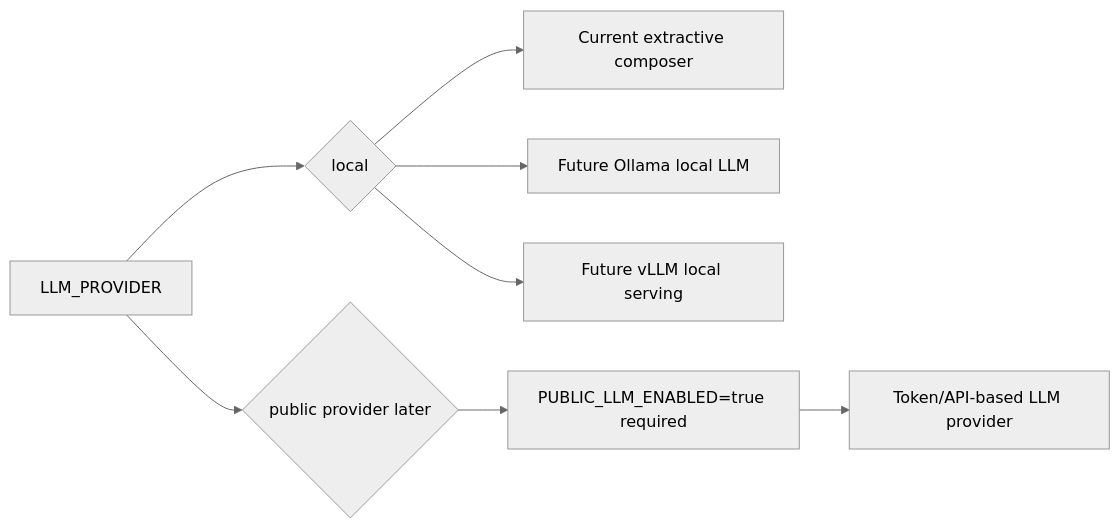
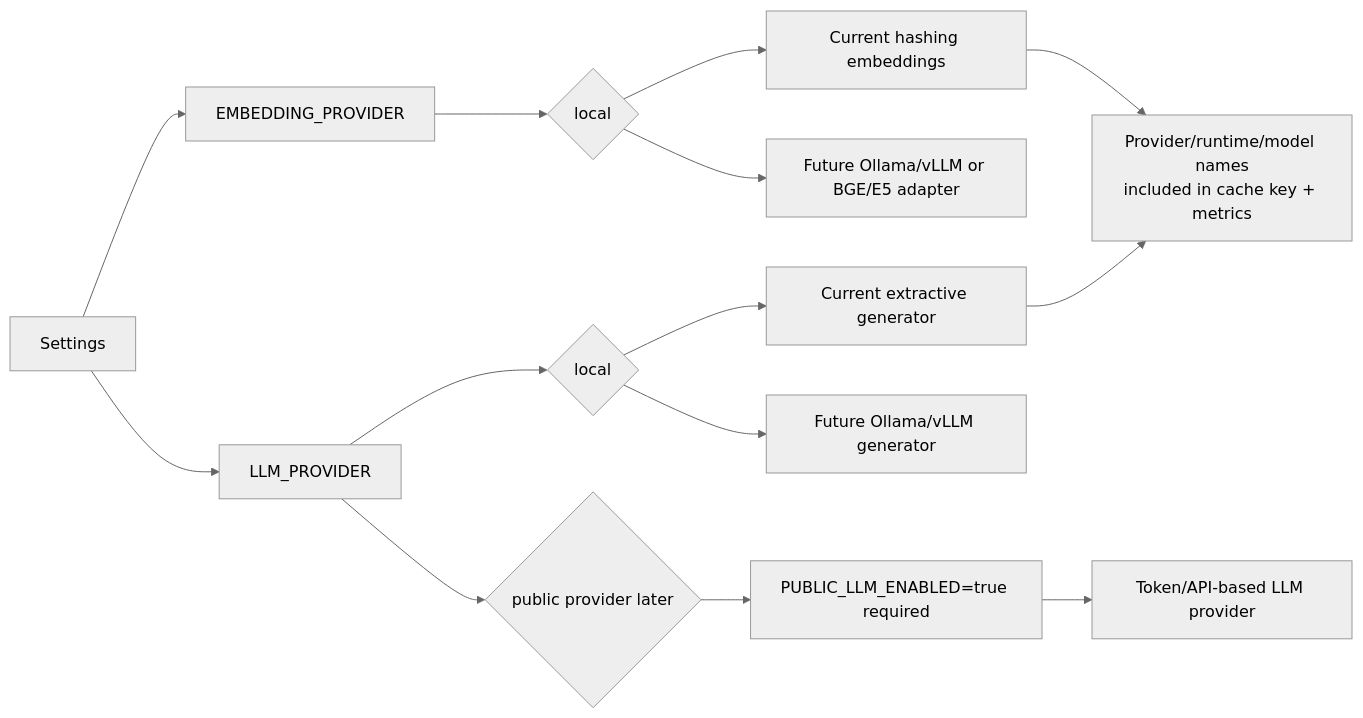
One commit to lnrdwarampudis-git/rag-saas-docs-ingestion-poc changed the fifth of 7 diagrams in docs/flow-diagrams.md. Above: the diagram before and after it, drawn with Mermaid (neutral theme). The commit also changed other lines of this file and 9 other files, not shown here.

Commit message:
Document local model provider configuration

````diff
--- a/docs/flow-diagrams.md
+++ b/docs/flow-diagrams.md
@@ -110,10 +111,16 @@
 ```mermaid
 flowchart LR
-  config["LLM_PROVIDER"] --> local{"local"}
-  local --> extractive["Current extractive composer"]
-  local --> ollama["Future Ollama local LLM"]
-  local --> vllm["Future vLLM local serving"]
-  config --> public{"public provider later"}
+  config["Settings"] --> embeddingProvider["EMBEDDING_PROVIDER"]
+  config --> llmProvider["LLM_PROVIDER"]
+  embeddingProvider --> localEmbedding{"local"}
+  localEmbedding --> hashing["Current hashing embeddings"]
+  localEmbedding --> futureEmbedding["Future Ollama/vLLM or BGE/E5 adapter"]
+  llmProvider --> localLlm{"local"}
+  localLlm --> extractive["Current extractive generator"]
+  localLlm --> futureLlm["Future Ollama/vLLM generator"]
+  llmProvider --> public{"public provider later"}
   public --> gate["PUBLIC_LLM_ENABLED=true required"]
   gate --> tokenApi["Token/API-based LLM provider"]
+  hashing --> cacheKey["Provider/runtime/model names<br/>included in cache key + metrics"]
+  extractive --> cacheKey
 ```
````
